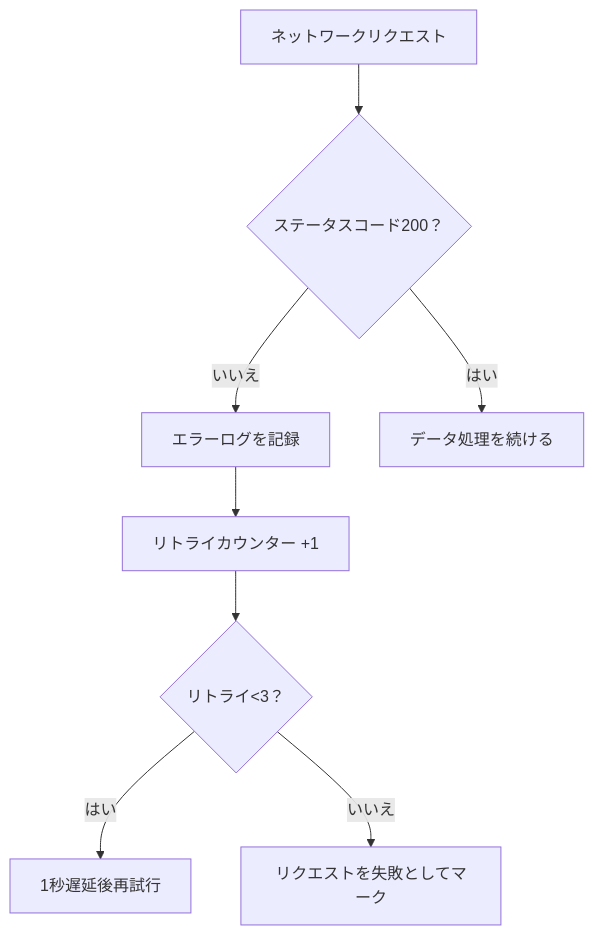
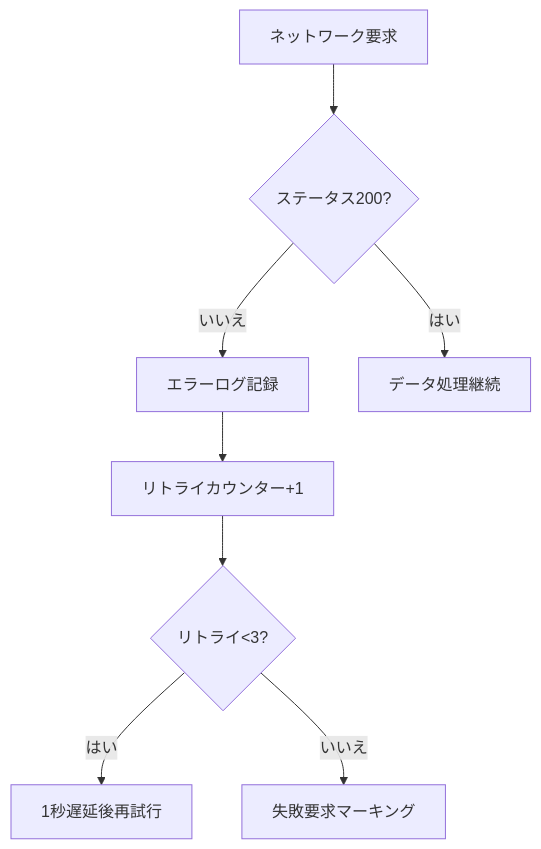
The third of 6 diagrams in README-JP.md (linyaocrush/DLsite-Purchase-Analyzer), drawn with Mermaid before and after one commit. The commit also changed other lines of this file, not shown here.

````diff
--- a/README-JP.md
+++ b/README-JP.md
@@ -186,10 +179,10 @@
 ```mermaid
 graph TD
-    A[ネットワークリクエスト] --> B{ステータスコード200？}
-    B -->|いいえ| C[エラーログを記録]
-    C --> D[リトライカウンター +1]
-    D --> E{リトライ<3？}
+    A[ネットワーク要求] --> B{ステータス200?}
+    B -->|いいえ| C[エラーログ記録]
+    C --> D[リトライカウンター+1]
+    D --> E{リトライ<3?}
     E -->|はい| F[1秒遅延後再試行]
-    E -->|いいえ| G[リクエストを失敗としてマーク]
-    B -->|はい| H[データ処理を続ける]
+    E -->|いいえ| G[失敗要求マーキング]
+    B -->|はい| H[データ処理継続]
 ```
````
